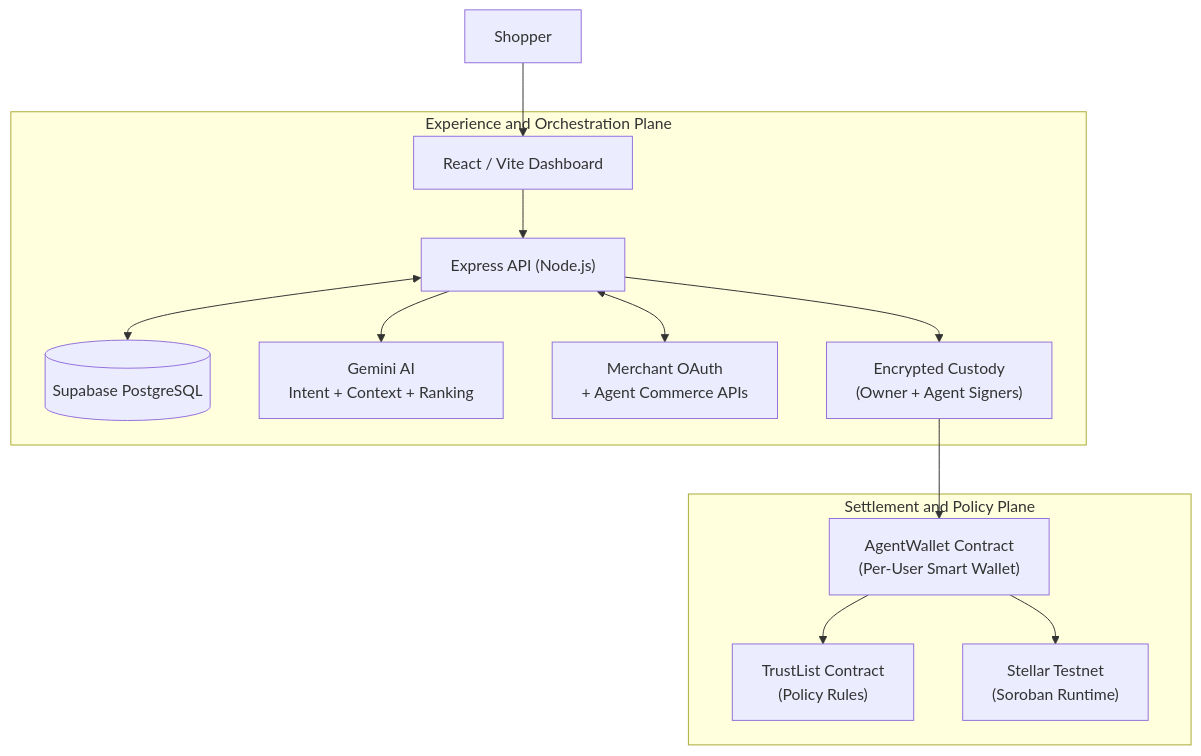
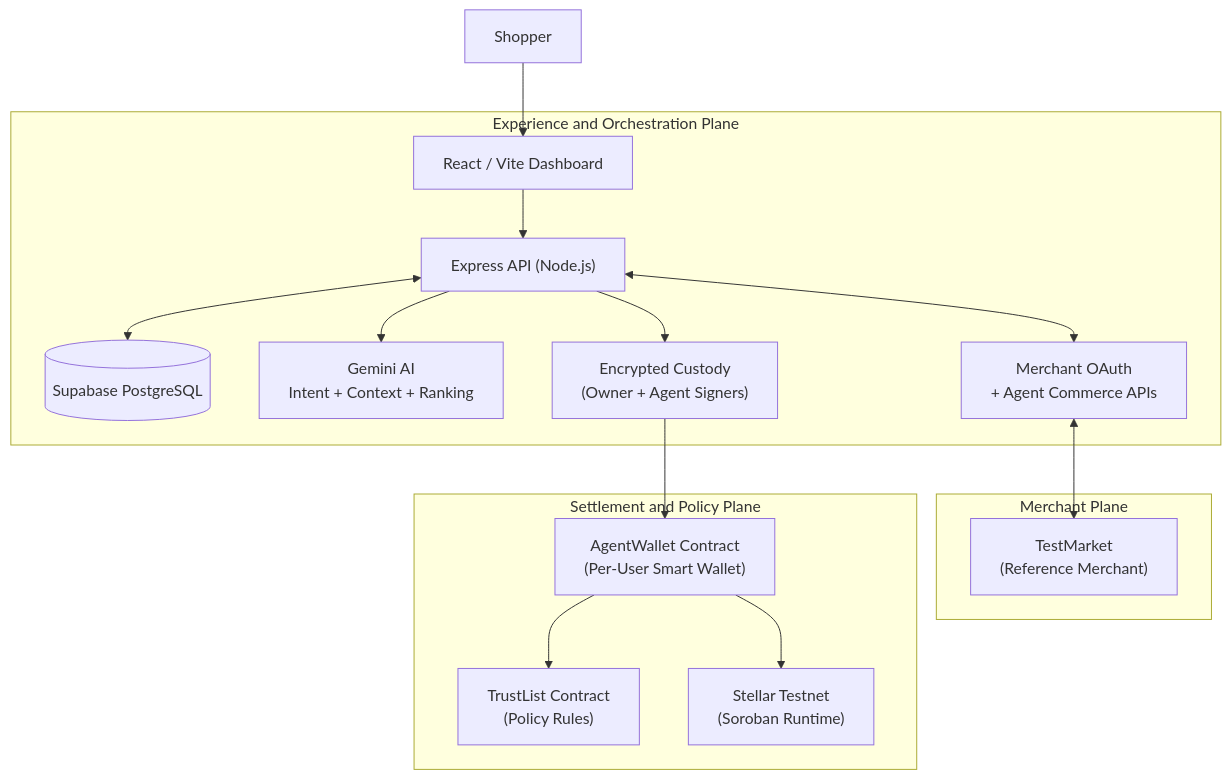
One commit to sbr69/shoppy changed the first of 3 diagrams in README.md. Above: the diagram before and after it, drawn with Mermaid. The commit also changed other lines of this file, not shown here.

````diff
--- a/README.md
+++ b/README.md
@@ -55,29 +52,34 @@
 ```mermaid
 flowchart TB
     User["Shopper"]
 
     subgraph Experience ["Experience and Orchestration Plane"]
         UI["React / Vite Dashboard"]
         API["Express API (Node.js)"]
         DB[("Supabase PostgreSQL")]
         AI["Gemini AI\nIntent + Context + Ranking"]
         OAuth["Merchant OAuth\n+ Agent Commerce APIs"]
         Custody["Encrypted Custody\n(Owner + Agent Signers)"]
     end
 
+    subgraph Merchant ["Merchant Plane"]
+        TestMarket["TestMarket\n(Reference Merchant)"]
+    end
+
     subgraph Settlement ["Settlement and Policy Plane"]
         Wallet["AgentWallet Contract\n(Per-User Smart Wallet)"]
         TrustList["TrustList Contract\n(Policy Rules)"]
         Stellar["Stellar Testnet\n(Soroban Runtime)"]
     end
 
     User --> UI
     UI --> API
     API <--> DB
     API --> AI
     API <--> OAuth
+    OAuth <--> TestMarket
     API --> Custody
     Custody --> Wallet
     Wallet --> TrustList
     Wallet --> Stellar
 ```
````
